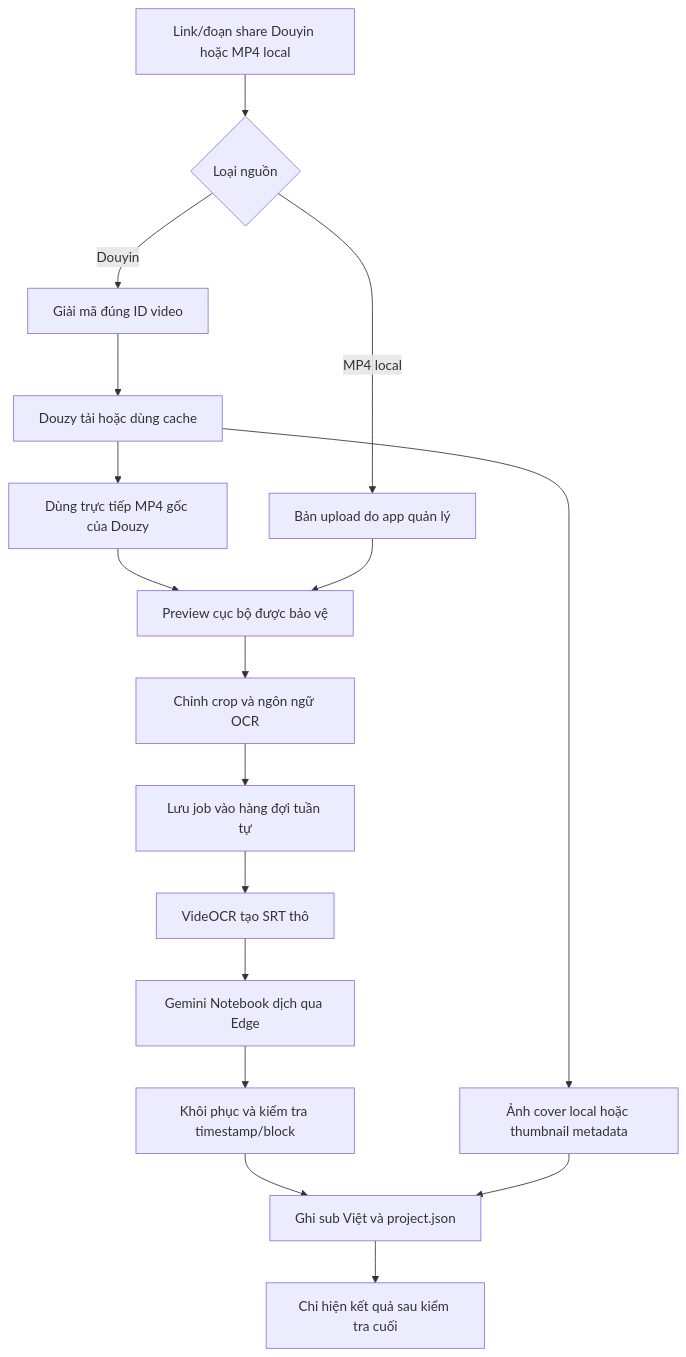
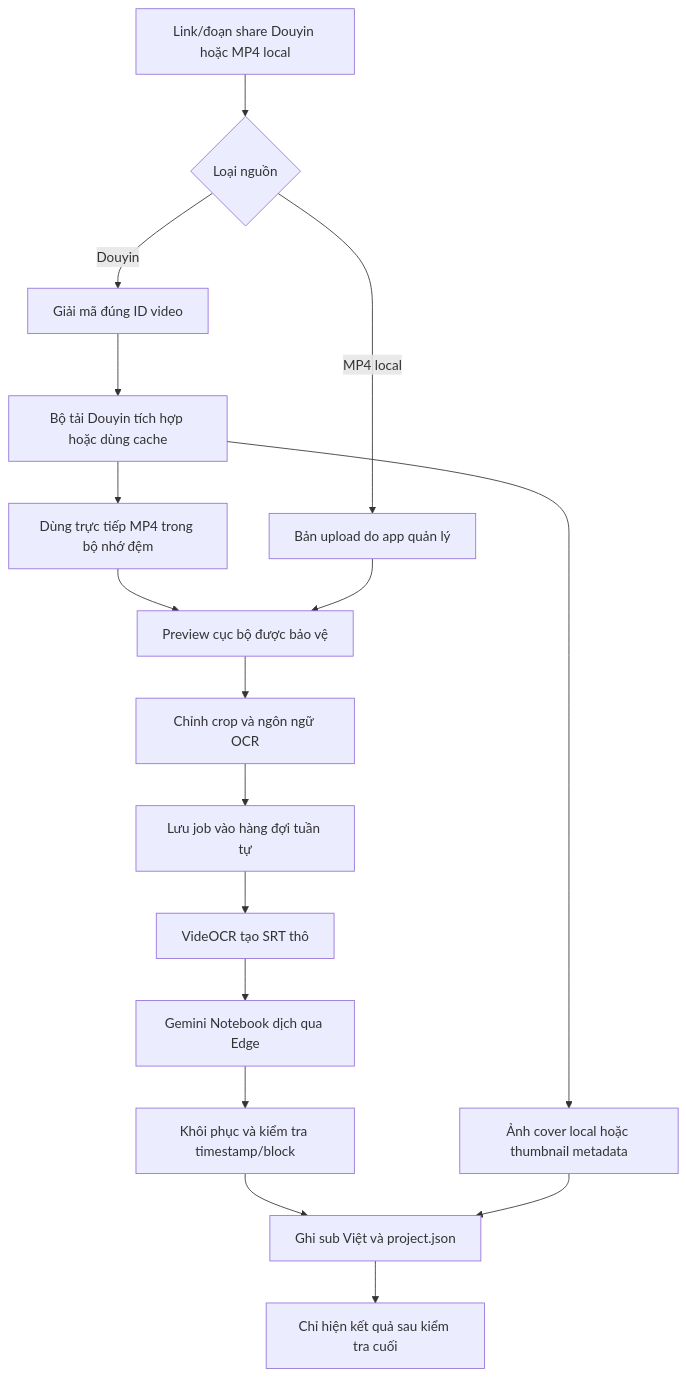
The second of 2 diagrams in README.md (qvinh8726/VietSub-Studio), drawn with Mermaid before and after one commit. The commit also changed other lines of this file and 26 other files, not shown here.

First line of the commit message:
Replace Douzy with built-in Douyin downloader and extract vietsub package

````diff
--- a/README.md
+++ b/README.md
@@ -901,19 +858,19 @@
 ```mermaid
 flowchart TD
     A[Link/đoạn share Douyin hoặc MP4 local] --> B{Loại nguồn}
     B -->|Douyin| C[Giải mã đúng ID video]
-    C --> D[Douzy tải hoặc dùng cache]
-    D --> E[Dùng trực tiếp MP4 gốc của Douzy]
+    C --> D[Bộ tải Douyin tích hợp hoặc dùng cache]
+    D --> E[Dùng trực tiếp MP4 trong bộ nhớ đệm]
     D --> T[Ảnh cover local hoặc thumbnail metadata]
     B -->|MP4 local| F[Bản upload do app quản lý]
     E --> G[Preview cục bộ được bảo vệ]
     F --> G
     G --> H[Chỉnh crop và ngôn ngữ OCR]
     H --> I[Lưu job vào hàng đợi tuần tự]
     I --> J[VideOCR tạo SRT thô]
     J --> K[Gemini Notebook dịch qua Edge]
     K --> L[Khôi phục và kiểm tra timestamp/block]
     L --> M[Ghi sub Việt và project.json]
     T --> M
     M --> N[Chỉ hiện kết quả sau kiểm tra cuối]
 ```
````
